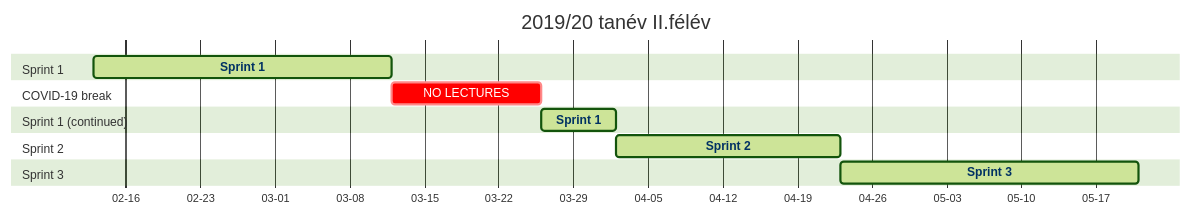
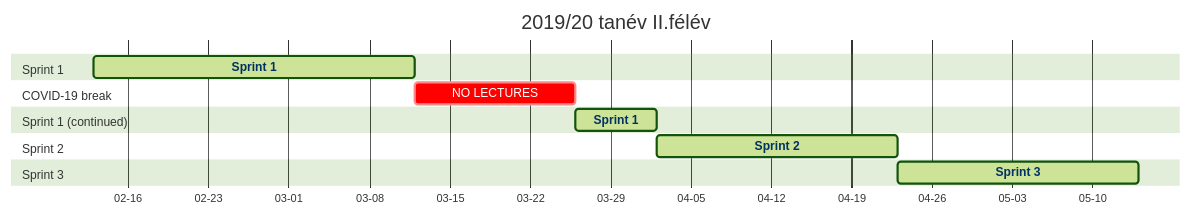
Before and after one commit to pintergreg/handout: the diagram in src/schedule.md, drawn with Mermaid (forest theme). The commit also changed other lines of this file, not shown here.

```diff
--- a/src/schedule.md
+++ b/src/schedule.md
@@ -28,20 +28,20 @@
 <div class="mermaid">
     gantt
     dateFormat  YYYY-MM-DD
     axisFormat  %m-%d
-    title 2019/20 tanév II.félév 
+    title 2019/20 tanév II.félév
     section Sprint 1
         Sprint 1 :active, sprint1, 2020-02-13, 4w
     section COVID-19 break
         NO LECTURES :crit, break, after sprint1, 2w
     section Sprint 1 (continued)
         Sprint 1 :active, sprint1_cont, after break, 1w
     section Sprint 2
         Sprint 2 :active, sprint2, after sprint1_cont, 3w
     section Sprint 3
-        Sprint 3 :active, sprint3, after sprint2, 4w
+        Sprint 3 :active, sprint3, after sprint2, 3w
     click sprint1 href "./sprint_1.html"
     click sprint1_cont href "./sprint_1.html"
     click sprint2 href "./sprint_2.html"
     click sprint3 href "./sprint_3.html"
 </div>
```
